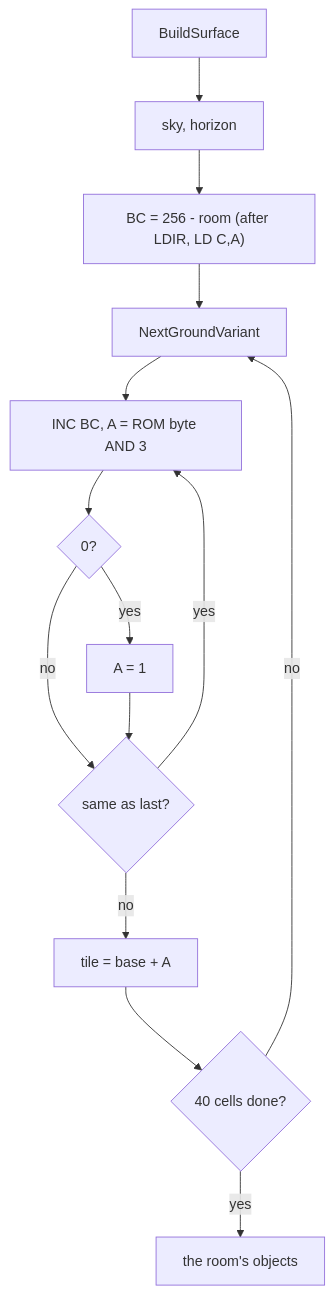
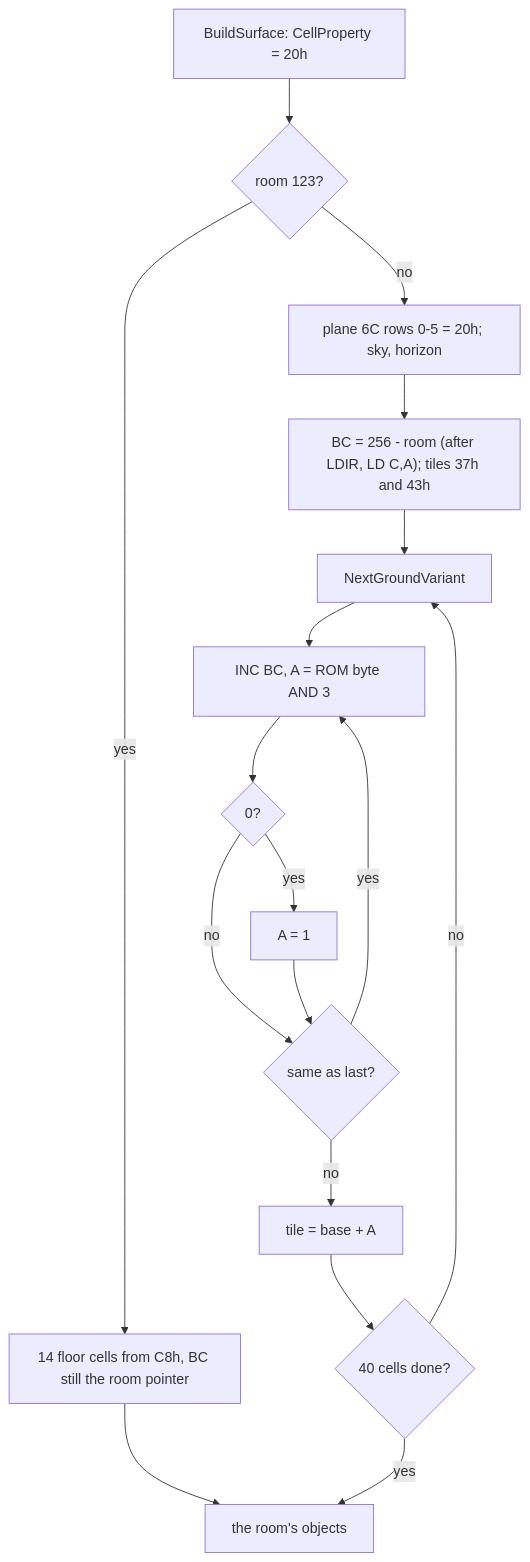
The ninth of 9 diagrams in games/switchblade/docs/06-rendering.md (alfishe/unrealng-reverse-cases), drawn with Mermaid before and after one commit. The commit also changed other lines of this file and 47 other files, not shown here.

````diff
--- a/games/switchblade/docs/06-rendering.md
+++ b/games/switchblade/docs/06-rendering.md
@@ -1070,16 +1158,19 @@
 ```mermaid
 flowchart TD
-    A[BuildSurface] --> B[sky, horizon]
-    B --> C["BC = 256 - room (after LDIR, LD C,A)"]
+    A[BuildSurface: CellProperty = 20h] --> R{room 123?}
+    R -- yes --> R2["14 floor cells from C8h, BC still the room pointer"]
+    R2 --> K
+    R -- no --> B["plane 6C rows 0-5 = 20h; sky, horizon"]
+    B --> C["BC = 256 - room (after LDIR, LD C,A); tiles 37h and 43h"]
     C --> D[NextGroundVariant]
     D --> E["INC BC, A = ROM byte AND 3"]
     E --> F{0?}
     F -- yes --> G[A = 1]
     F -- no --> H{same as last?}
     G --> H
     H -- yes --> E
     H -- no --> I[tile = base + A]
     I --> J{40 cells done?}
     J -- no --> D
     J -- yes --> K[the room's objects]
 ```
````
